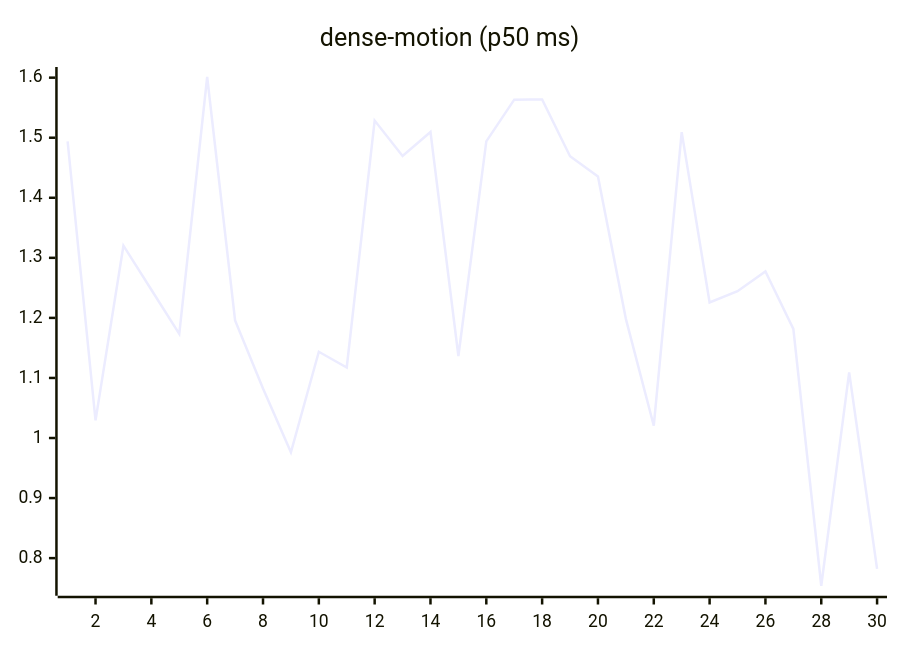
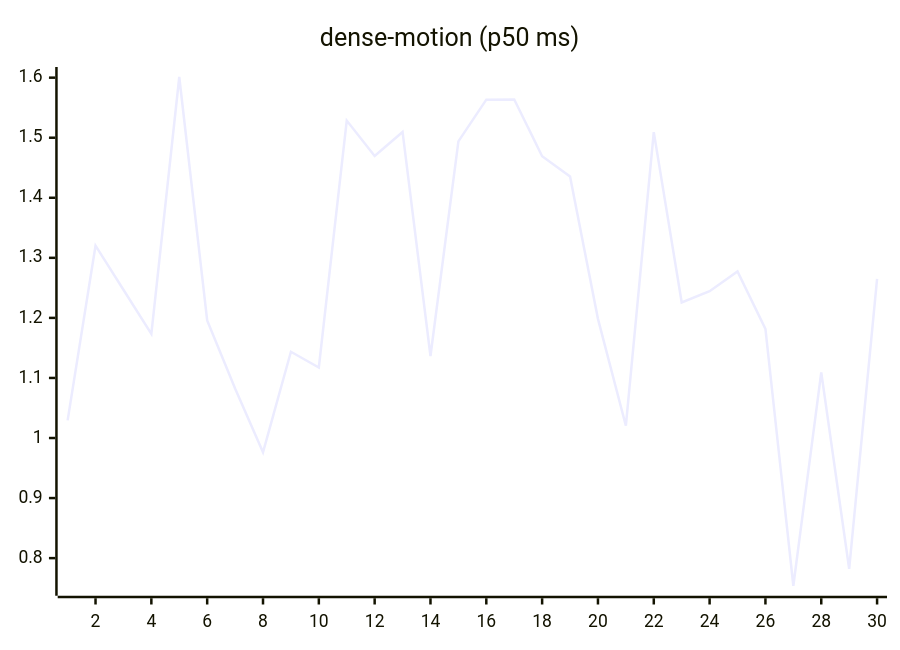
The ninth of 27 diagrams in README.md (josha/Facet), drawn with Mermaid before and after one commit. The commit also changed other lines of this file and 2 other files, not shown here.

````diff
--- a/README.md
+++ b/README.md
@@ -119,6 +119,6 @@
 ```mermaid
 xychart-beta
     title "dense-motion (p50 ms)"
     x-axis 1 --> 30
-    line [1.4938, 1.0293, 1.3202, 1.2469, 1.1733, 1.6011, 1.1959, 1.0823, 0.9763, 1.1436, 1.1174, 1.5286, 1.4695, 1.5096, 1.1365, 1.4939, 1.5634, 1.5638, 1.4692, 1.4355, 1.1984, 1.0205, 1.5093, 1.2258, 1.2445, 1.2773, 1.1817, 0.7540, 1.1093, 0.7822]
+    line [1.0293, 1.3202, 1.2469, 1.1733, 1.6011, 1.1959, 1.0823, 0.9763, 1.1436, 1.1174, 1.5286, 1.4695, 1.5096, 1.1365, 1.4939, 1.5634, 1.5638, 1.4692, 1.4355, 1.1984, 1.0205, 1.5093, 1.2258, 1.2445, 1.2773, 1.1817, 0.7540, 1.1093, 0.7822, 1.2651]
 ```
````
